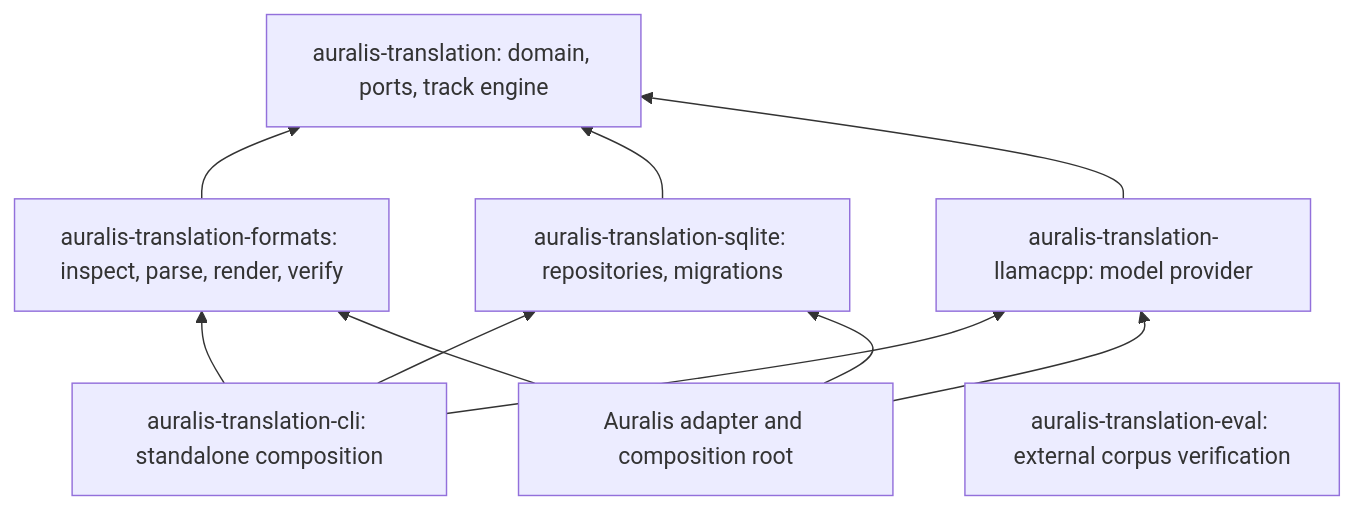
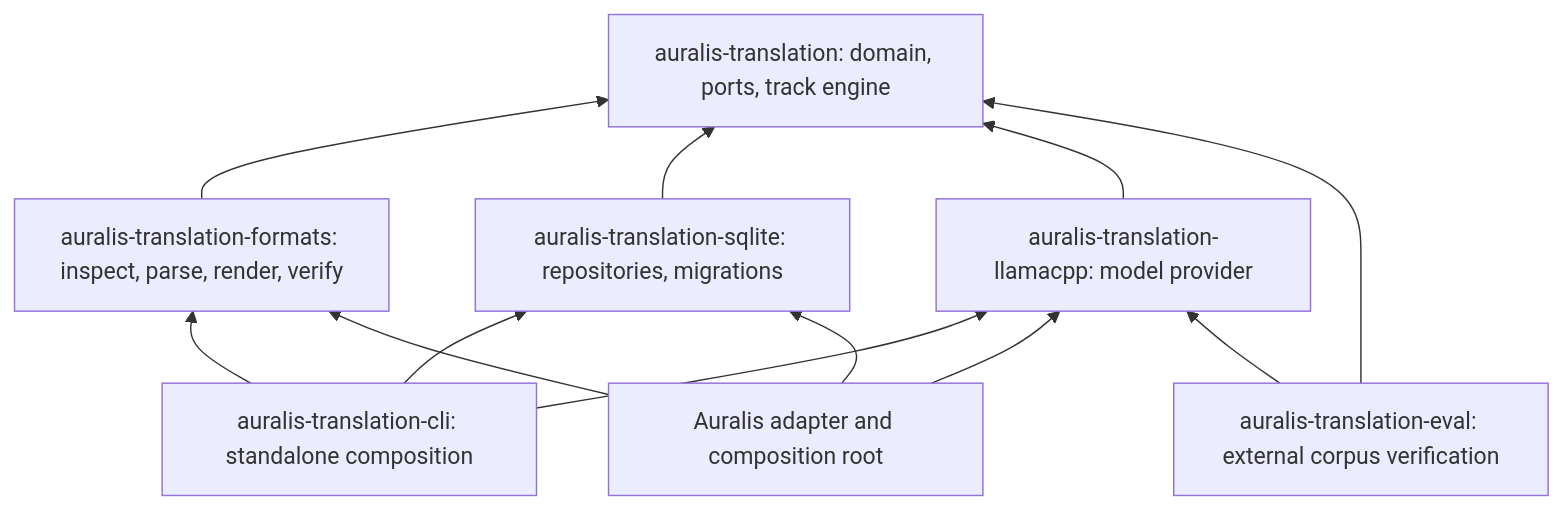
The diagram in docs/architecture/004-rust-code-architecture.md (Ermolz69/auralis-translate), drawn with Mermaid before and after one commit. The commit also changed other lines of this file and 17 other files, not shown here.

First line of the commit message:
feat(eval): compare pinned FLORES rows through checked model

````diff
--- a/docs/architecture/004-rust-code-architecture.md
+++ b/docs/architecture/004-rust-code-architecture.md
@@ -11,14 +11,16 @@
 ```mermaid
 flowchart BT
     CORE["auralis-translation: domain, ports, track engine"]
     FORMATS["auralis-translation-formats: inspect, parse, render, verify"] --> CORE
     SQLITE["auralis-translation-sqlite: repositories, migrations"] --> CORE
     MODEL["auralis-translation-llamacpp: model provider"] --> CORE
     CLI["auralis-translation-cli: standalone composition"] --> FORMATS
     CLI --> SQLITE
     CLI --> MODEL
     AURALIS["Auralis adapter and composition root"] --> FORMATS
     AURALIS --> SQLITE
     AURALIS --> MODEL
     EVAL["auralis-translation-eval: external corpus verification"]
+    EVAL --> CORE
+    EVAL --> MODEL
 ```
````
